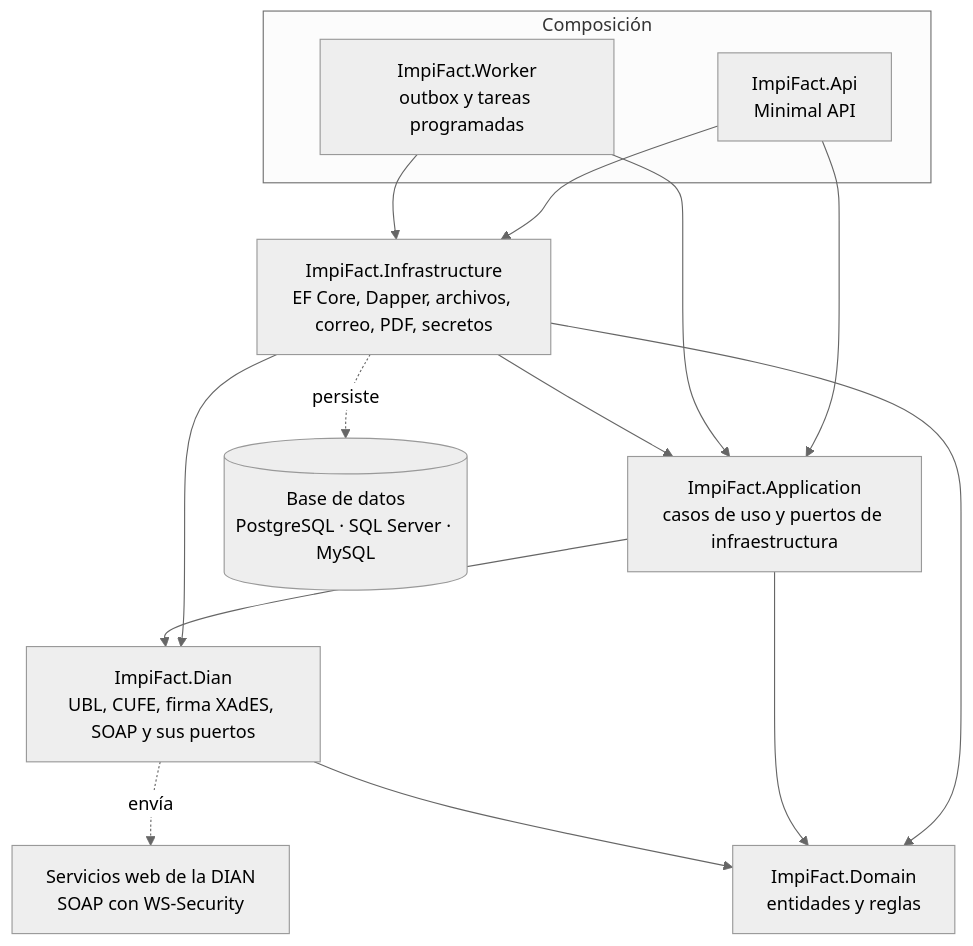
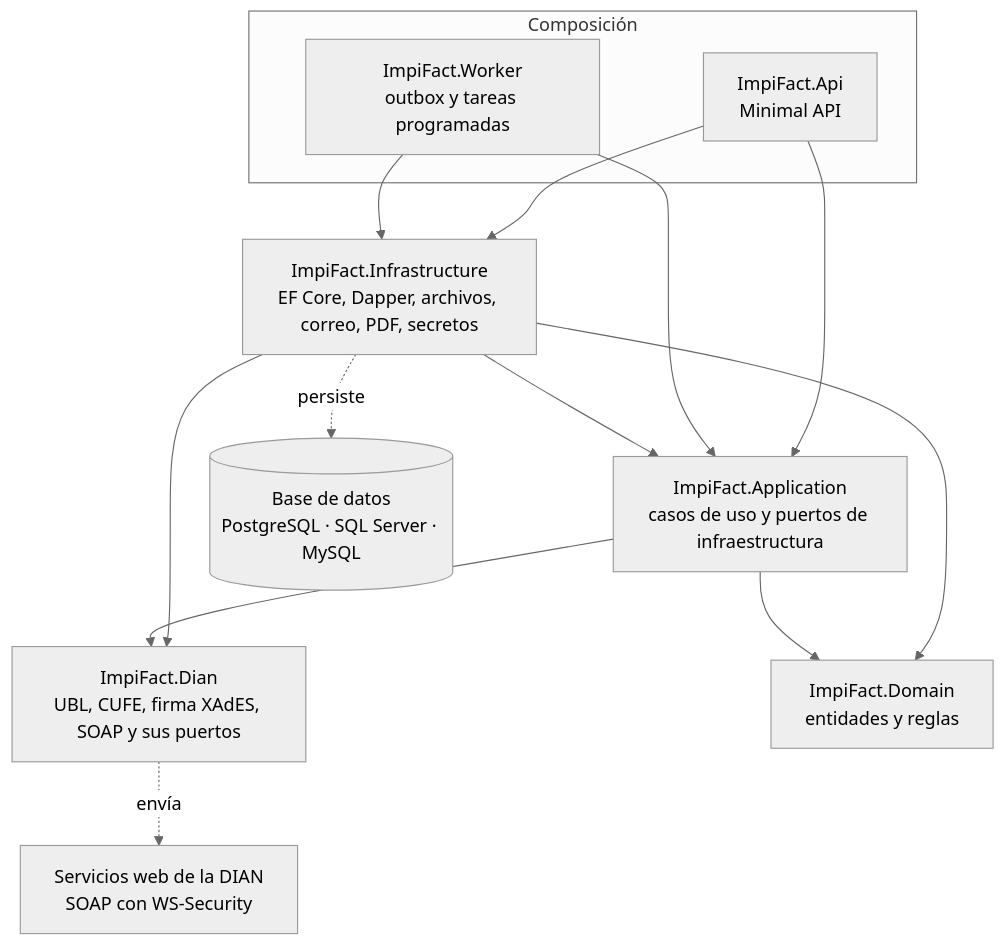
Before and after one commit to lordimpi/ImpiFact: the first of 3 diagrams in docs/PRD.md, drawn with Mermaid (neutral theme). The commit also changed other lines of this file and 2 other files, not shown here.

Commit message:
docs: align layer graph, coverage and integration engines with ADR-26 and phase 2

````diff
--- a/docs/PRD.md
+++ b/docs/PRD.md
@@ -184,25 +184,24 @@
 ```mermaid
 flowchart TB
   subgraph comp["Composición"]
     Api["ImpiFact.Api<br/>Minimal API"]
     Worker["ImpiFact.Worker<br/>outbox y tareas programadas"]
   end
   Infra["ImpiFact.Infrastructure<br/>EF Core, Dapper, archivos, correo, PDF, secretos"]
   App["ImpiFact.Application<br/>casos de uso y puertos de infraestructura"]
   Dian["ImpiFact.Dian<br/>UBL, CUFE, firma XAdES, SOAP y sus puertos"]
   Domain["ImpiFact.Domain<br/>entidades y reglas"]
   DB[("Base de datos<br/>PostgreSQL · SQL Server · MySQL")]
   WS["Servicios web de la DIAN<br/>SOAP con WS-Security"]
   Api --> App
   Api --> Infra
   Worker --> App
   Worker --> Infra
   Infra --> App
   Infra --> Dian
   Infra --> Domain
   App --> Dian
   App --> Domain
-  Dian --> Domain
   Infra -.->|persiste| DB
   Dian -.->|envía| WS
 ```
````
